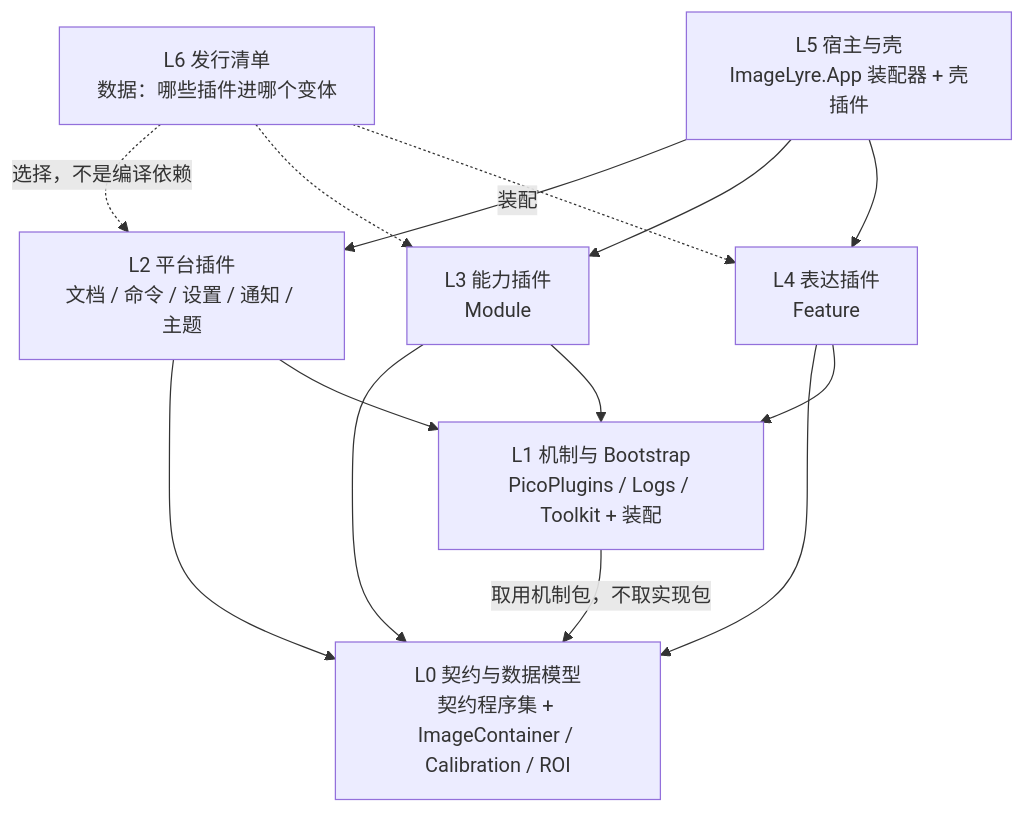
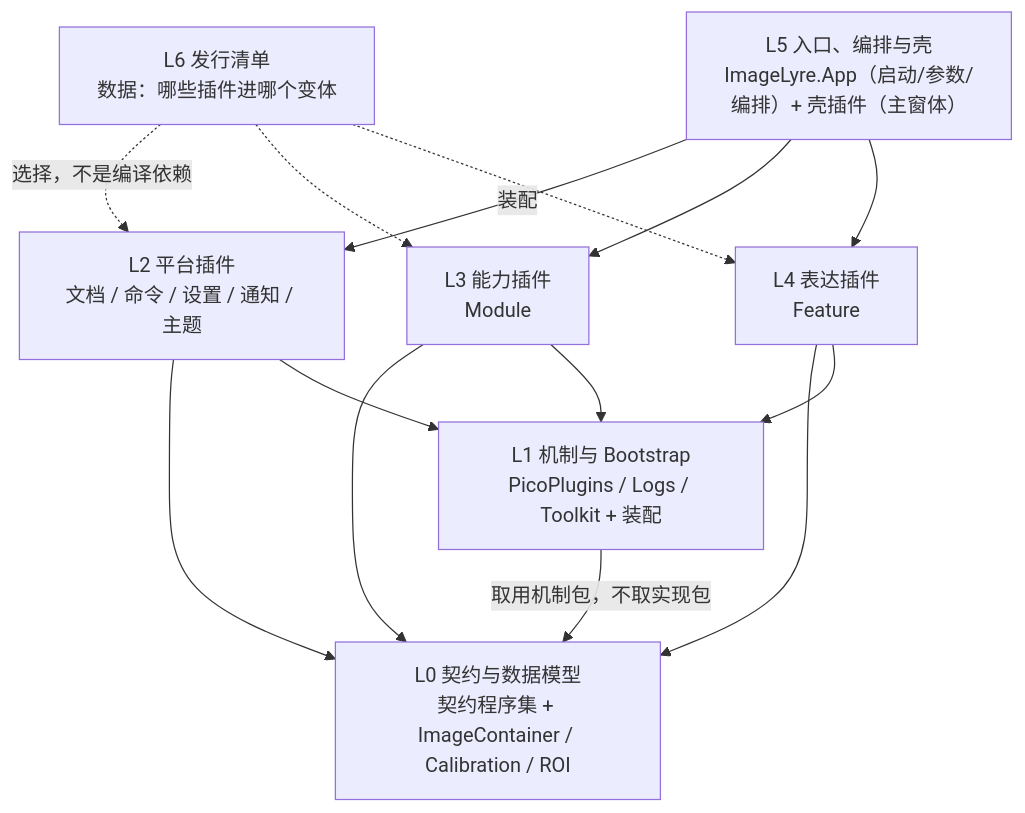
Before and after one commit to xknife-erian/ImageLyre: the diagram in docs/adr/lukan/ADR-0001-插件机制架构基线.md, drawn with Mermaid. The commit also changed other lines of this file and 1 other file, not shown here.

First line of the commit message:
docs(adr): 按 Mercury 模式收敛 App 职责并纳入欢迎界面

````diff
--- a/docs/adr/lukan/ADR-0001-插件机制架构基线.md
+++ b/docs/adr/lukan/ADR-0001-插件机制架构基线.md
@@ -85,24 +85,24 @@
 ```mermaid
 flowchart TB
     L6["L6 发行清单<br/>数据：哪些插件进哪个变体"]
-    L5["L5 宿主与壳<br/>ImageLyre.App 装配器 + 壳插件"]
+    L5["L5 入口、编排与壳<br/>ImageLyre.App（启动/参数/编排）+ 壳插件（主窗体）"]
     L4["L4 表达插件<br/>Feature"]
     L3["L3 能力插件<br/>Module"]
     L2["L2 平台插件<br/>文档 / 命令 / 设置 / 通知 / 主题"]
     L1["L1 机制与 Bootstrap<br/>PicoPlugins / Logs / Toolkit + 装配"]
     L0["L0 契约与数据模型<br/>契约程序集 + ImageContainer / Calibration / ROI"]
 
     L6 -.->|"选择，不是编译依赖"| L2
     L6 -.-> L3
     L6 -.-> L4
     L5 -->|"装配"| L2
     L5 --> L3
     L5 --> L4
     L4 --> L0
     L4 --> L1
     L3 --> L0
     L3 --> L1
     L2 --> L0
     L2 --> L1
     L1 -->|"取用机制包，不取实现包"| L0
 ```
````
